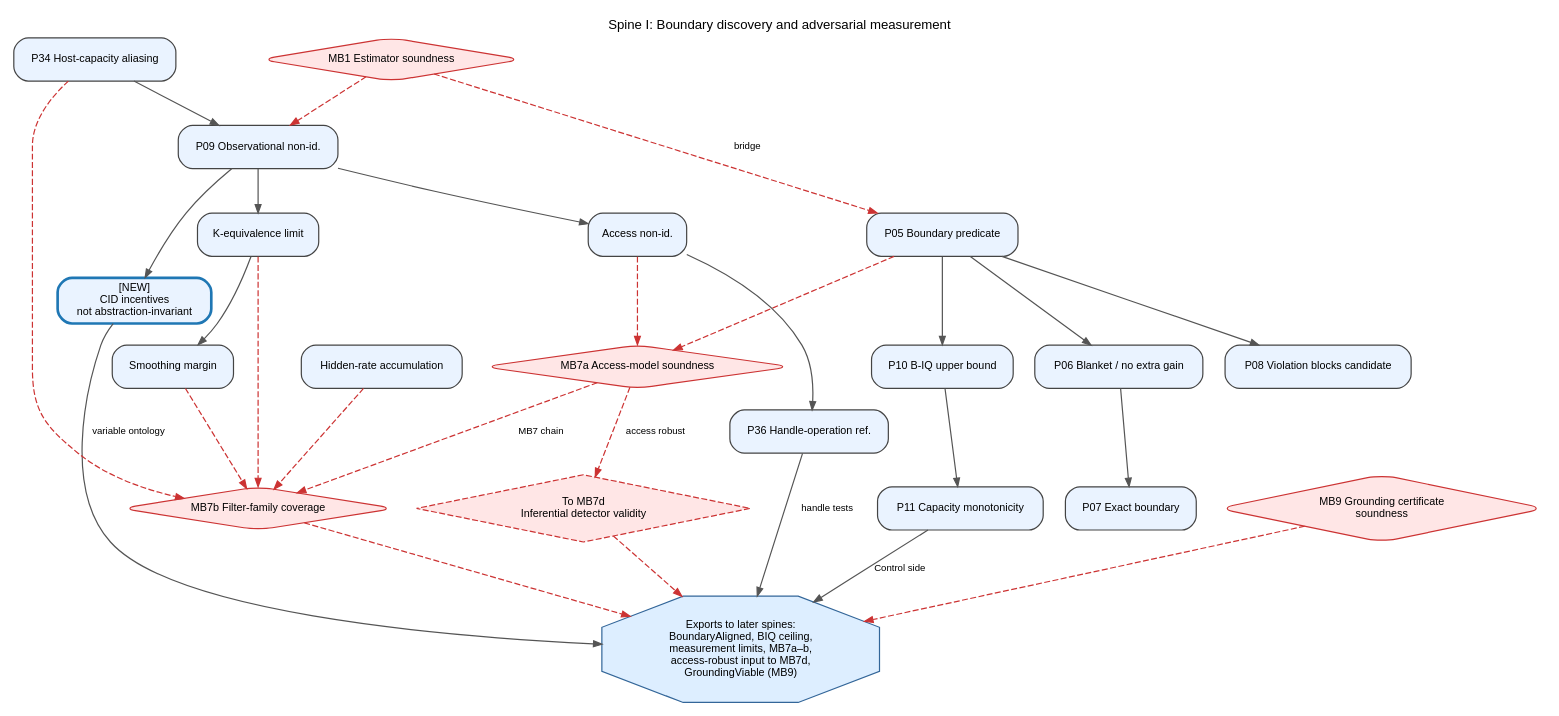
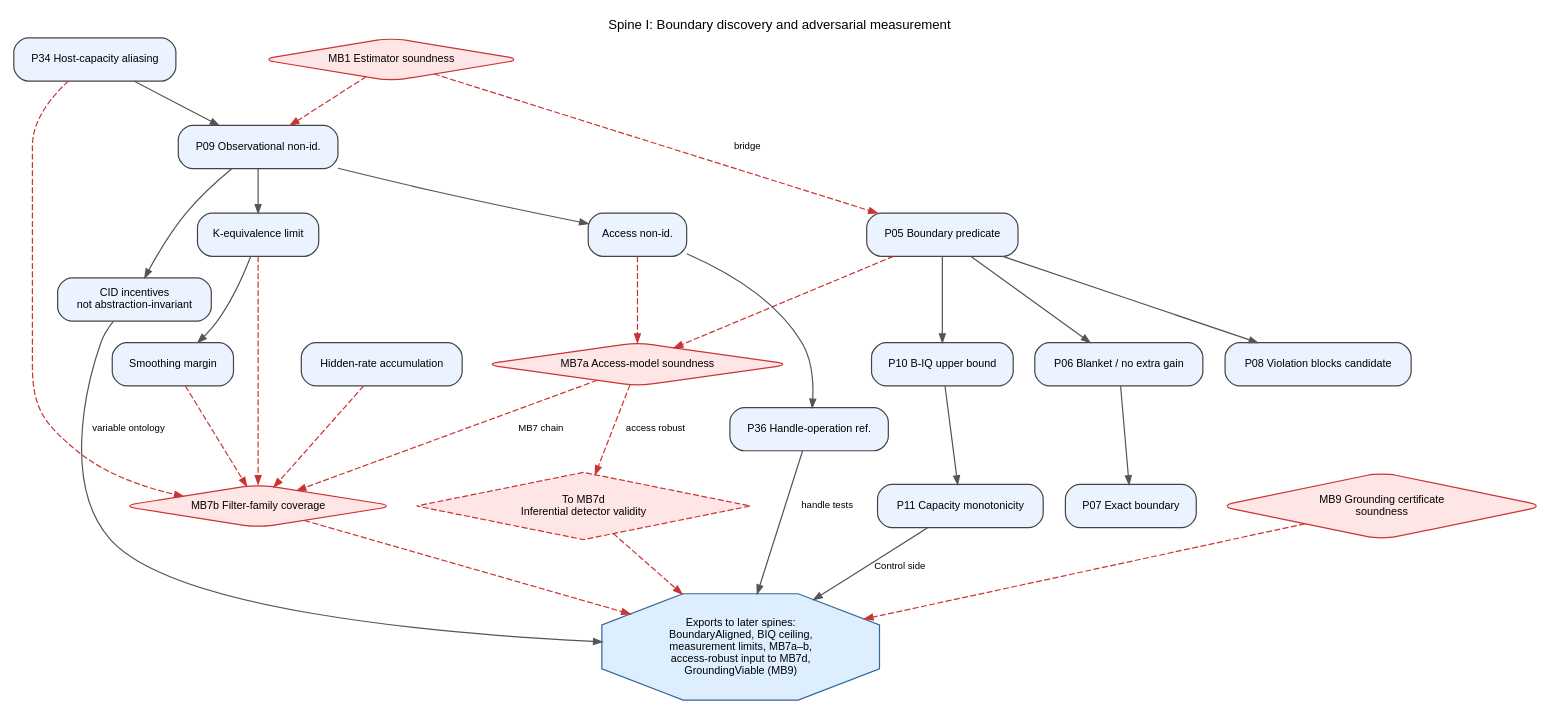
The diagram in context/lean_proof_graphs/01-boundary-measurement.dot (GunnarZarncke/towards-asi-alignment), drawn with Graphviz before and after one commit. The commit also changed 13 other files, not shown here.

First line of the commit message:
Remove [NEW] recency markers from Lean spine diagrams and Appendix I.

```diff
--- a/context/lean_proof_graphs/01-boundary-measurement.dot
+++ b/context/lean_proof_graphs/01-boundary-measurement.dot
@@ -1,64 +1,64 @@
 digraph Spine01BoundaryMeasurement {
   graph [
     rankdir=TB,
     bgcolor="white",
     splines=true,
     overlap=false,
     fontsize=11,
     fontname="Helvetica",
     label="Spine I: Boundary discovery and adversarial measurement",
     labelloc="t"
   ];
   node [shape=box, style="rounded,filled", fontname="Helvetica", fontsize=9, color="#444444"];
   edge [fontname="Helvetica", fontsize=8, color="#555555", arrowsize=0.7];
 
   P05 [label="P05 Boundary predicate", fillcolor="#EAF3FF"];
   P06 [label="P06 Blanket / no extra gain", fillcolor="#EAF3FF"];
   P07 [label="P07 Exact boundary", fillcolor="#EAF3FF"];
   P08 [label="P08 Violation blocks candidate", fillcolor="#EAF3FF"];
   P09 [label="P09 Observational non-id.", fillcolor="#EAF3FF"];
   P09A [label="Access non-id.", fillcolor="#EAF3FF"];
-  PCID [label="[NEW]\nCID incentives\nnot abstraction-invariant", fillcolor="#EAF3FF", color="#1F77B4", penwidth=2.2];
+  PCID [label="CID incentives\nnot abstraction-invariant", fillcolor="#EAF3FF"];
   P09K [label="K-equivalence limit", fillcolor="#EAF3FF"];
   P36 [label="P36 Handle-operation ref.", fillcolor="#EAF3FF"];
   P36M [label="Smoothing margin", fillcolor="#EAF3FF"];
   P10 [label="P10 B-IQ upper bound", fillcolor="#EAF3FF"];
   P11 [label="P11 Capacity monotonicity", fillcolor="#EAF3FF"];
   P34 [label="P34 Host-capacity aliasing", fillcolor="#EAF3FF"];
   P43H [label="Hidden-rate accumulation", fillcolor="#EAF3FF"];
 
   MB1 [shape=diamond, fillcolor="#FFE6E6", color="#CC3333", label="MB1 Estimator soundness"];
   MB7a [shape=diamond, fillcolor="#FFE6E6", color="#CC3333", label="MB7a Access-model soundness"];
   MB7b [shape=diamond, fillcolor="#FFE6E6", color="#CC3333", label="MB7b Filter-family coverage"];
   MB7d_IN [shape=diamond, style="filled,dashed", fillcolor="#FFE6E6", color="#CC3333", label="To MB7d\nInferential detector validity"];
   MB9 [shape=diamond, fillcolor="#FFE6E6", color="#CC3333", label="MB9 Grounding certificate\nsoundness"];
 
   OUT [shape=octagon, style="filled", fillcolor="#DDEEFF", color="#336699",
        label="Exports to later spines:\nBoundaryAligned, BIQ ceiling,\nmeasurement limits, MB7a–b,\naccess-robust input to MB7d,\nGroundingViable (MB9)"];
 
   P05 -> P06 -> P07;
   P05 -> P08;
   P05 -> P10 -> P11;
   P09 -> P09A -> P36;
   P09 -> PCID;
   P09 -> P09K -> P36M;
   P34 -> P09;
 
   MB1 -> P05 [style=dashed, color="#CC3333", label="bridge"];
   MB1 -> P09 [style=dashed, color="#CC3333"];
   P05 -> MB7a [style=dashed, color="#CC3333"];
   P09A -> MB7a [style=dashed, color="#CC3333"];
   MB7a -> MB7b [style=dashed, color="#CC3333", label="MB7 chain"];
   MB7a -> MB7d_IN [style=dashed, color="#CC3333", label="access robust"];
   P09K -> MB7b [style=dashed, color="#CC3333"];
   P36M -> MB7b [style=dashed, color="#CC3333"];
   P34 -> MB7b [style=dashed, color="#CC3333"];
   P43H -> MB7b [style=dashed, color="#CC3333"];
 
   P11 -> OUT [label="Control side"];
   MB7b -> OUT [style=dashed, color="#CC3333"];
   MB7d_IN -> OUT [style=dashed, color="#CC3333"];
   MB9 -> OUT [style=dashed, color="#CC3333"];
   P36 -> OUT [label="handle tests"];
   PCID -> OUT [label="variable ontology"];
 }
```
